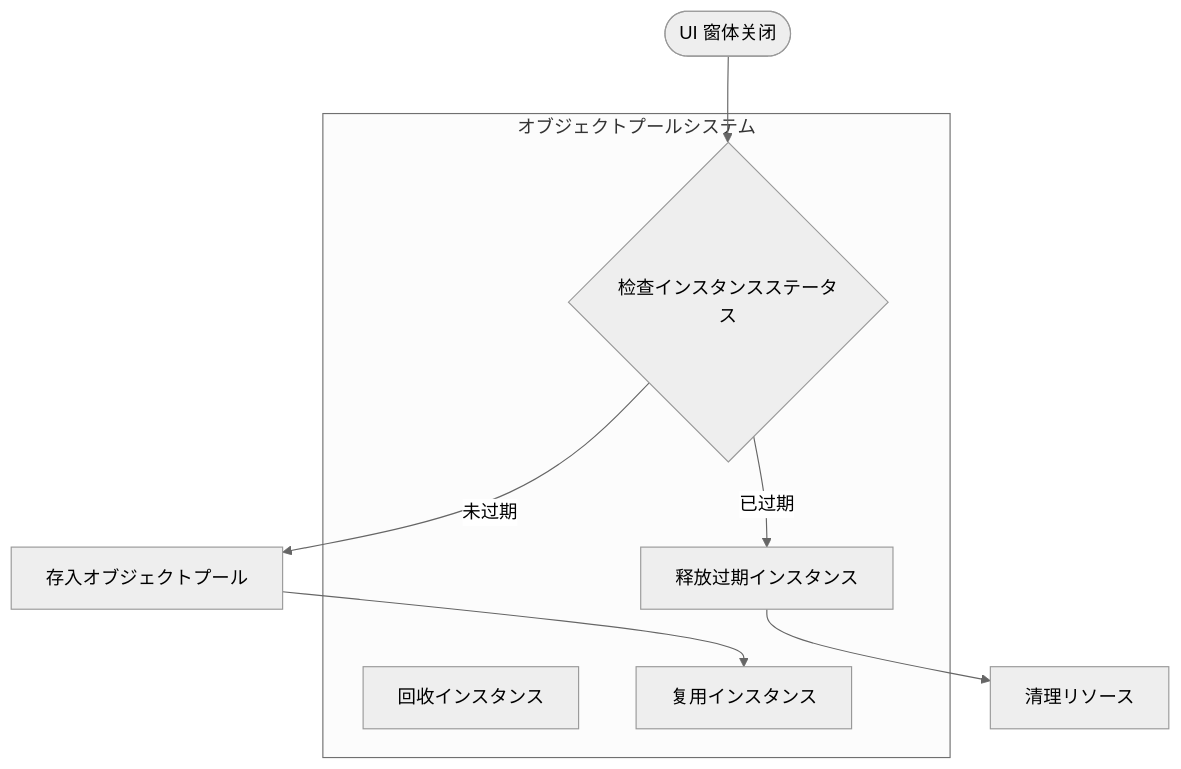
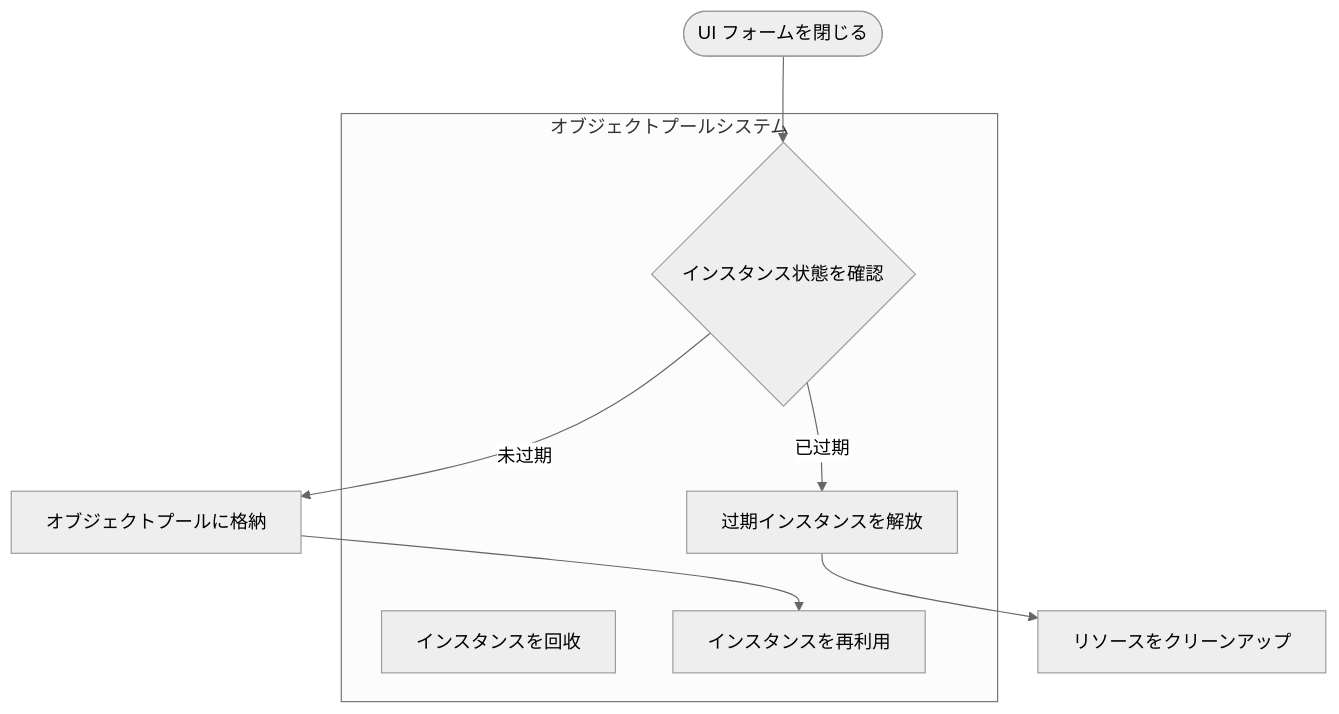
The third of 4 diagrams in docs/ja/client/unity/component/ui/04.ui-component.md (AlianBlank/GameFrameX.Docs), drawn with Mermaid (neutral theme) before and after one commit. The commit also changed other lines of this file and 320 other files, not shown here.

````diff
--- a/docs/ja/client/unity/component/ui/04.ui-component.md
+++ b/docs/ja/client/unity/component/ui/04.ui-component.md
@@ -152,15 +152,15 @@
 ```mermaid
 flowchart TD
     subgraph ObjectPool["オブジェクトプールシステム"]
-        Check{检查インスタンスステータス}
-        Recycle["回收インスタンス"]
-        Release["释放过期インスタンス"]
-        Reuse["复用インスタンス"]
+        Check{インスタンス状態を確認}
+        Recycle["インスタンスを回收"]
+        Release["过期インスタンスを解放"]
+        Reuse["インスタンスを再利用"]
     end
 
-    Start([UI 窗体关闭]) --> Check
-    Check -->|未过期| Pool[存入オブジェクトプール]
+    Start([UI フォームを閉じる]) --> Check
+    Check -->|未过期| Pool[オブジェクトプールに格納]
     Pool --> Reuse
     Check -->|已过期| Release
-    Release --> Cleanup[清理リソース]
+    Release --> Cleanup[リソースをクリーンアップ]
 ```
````
